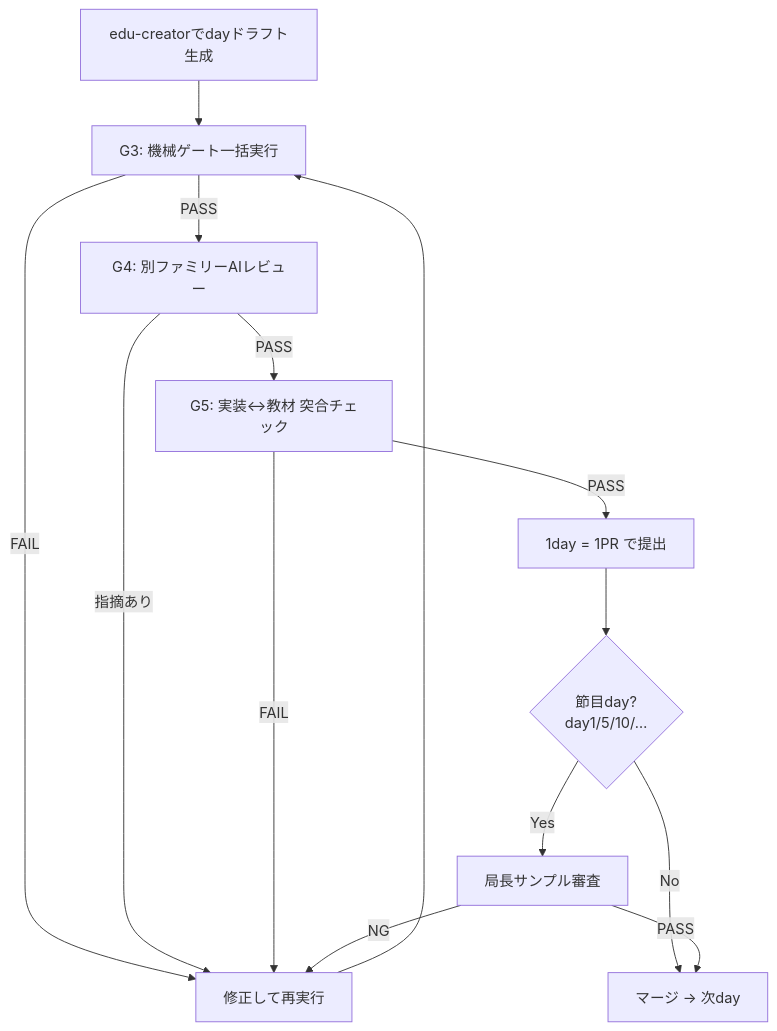
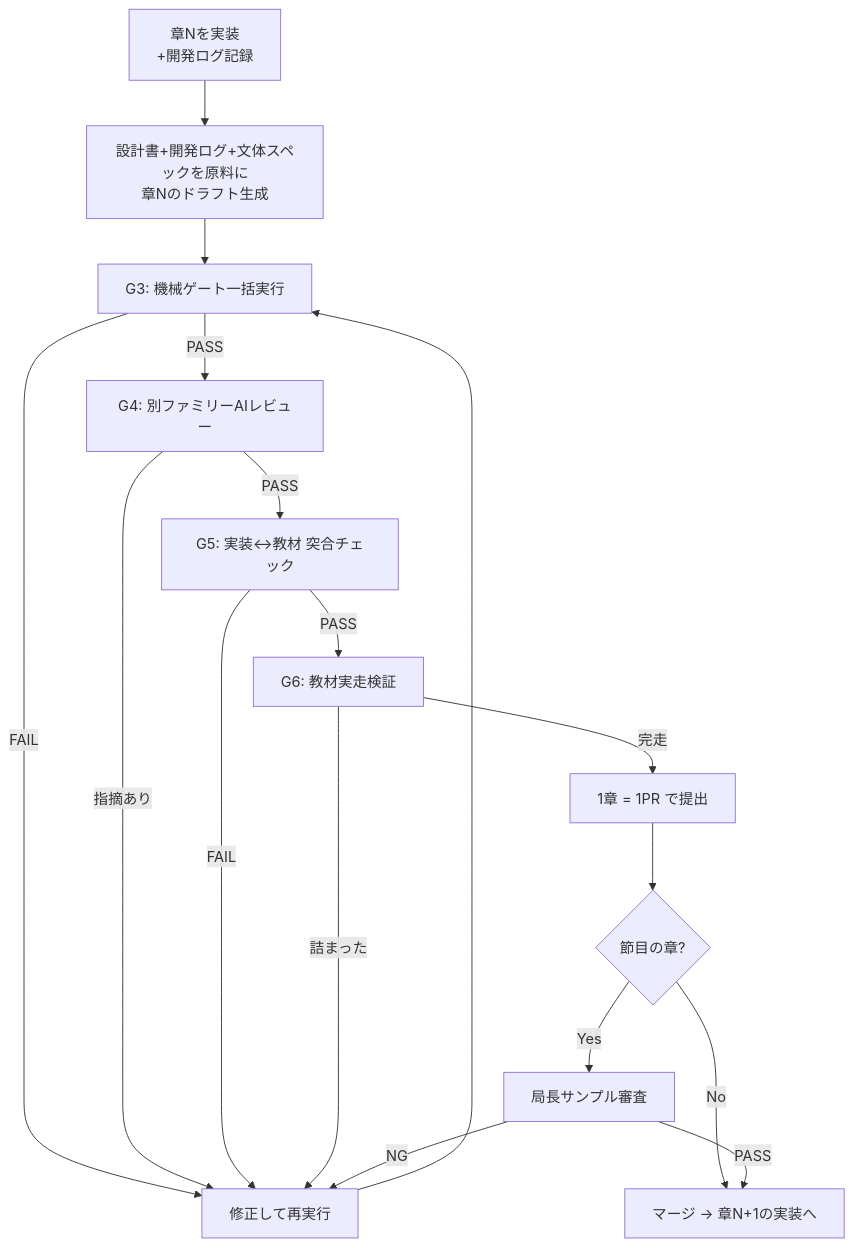
One commit to kouiso/sns-app changed the diagram in material/10_教材制作フロー.md. Above: the diagram before and after it, drawn with Mermaid. The commit also changed other lines of this file and 1 other file, not shown here.

````diff
--- a/material/10_教材制作フロー.md
+++ b/material/10_教材制作フロー.md
@@ -72,15 +90,18 @@
 ```mermaid
 flowchart TD
-  A[edu-creatorでdayドラフト生成] --> B[G3: 機械ゲート一括実行]
+  Z[章Nを実装<br>+開発ログ記録] --> A[設計書+開発ログ+文体スペックを原料に<br>章Nのドラフト生成]
+  A --> B[G3: 機械ゲート一括実行]
   B -->|FAIL| A2[修正して再実行] --> B
   B -->|PASS| C[G4: 別ファミリーAIレビュー]
   C -->|指摘あり| A2
   C -->|PASS| D[G5: 実装↔教材 突合チェック]
   D -->|FAIL| A2
-  D -->|PASS| E[1day = 1PR で提出]
-  E --> F{節目day?<br>day1/5/10/…}
+  D -->|PASS| D2[G6: 教材実走検証]
+  D2 -->|詰まった| A2
+  D2 -->|完走| E[1章 = 1PR で提出]
+  E --> F{節目の章?}
   F -->|Yes| G[局長サンプル審査]
-  F -->|No| H[マージ → 次day]
+  F -->|No| H[マージ → 章N+1の実装へ]
   G -->|PASS| H
   G -->|NG| A2
 ```
````
